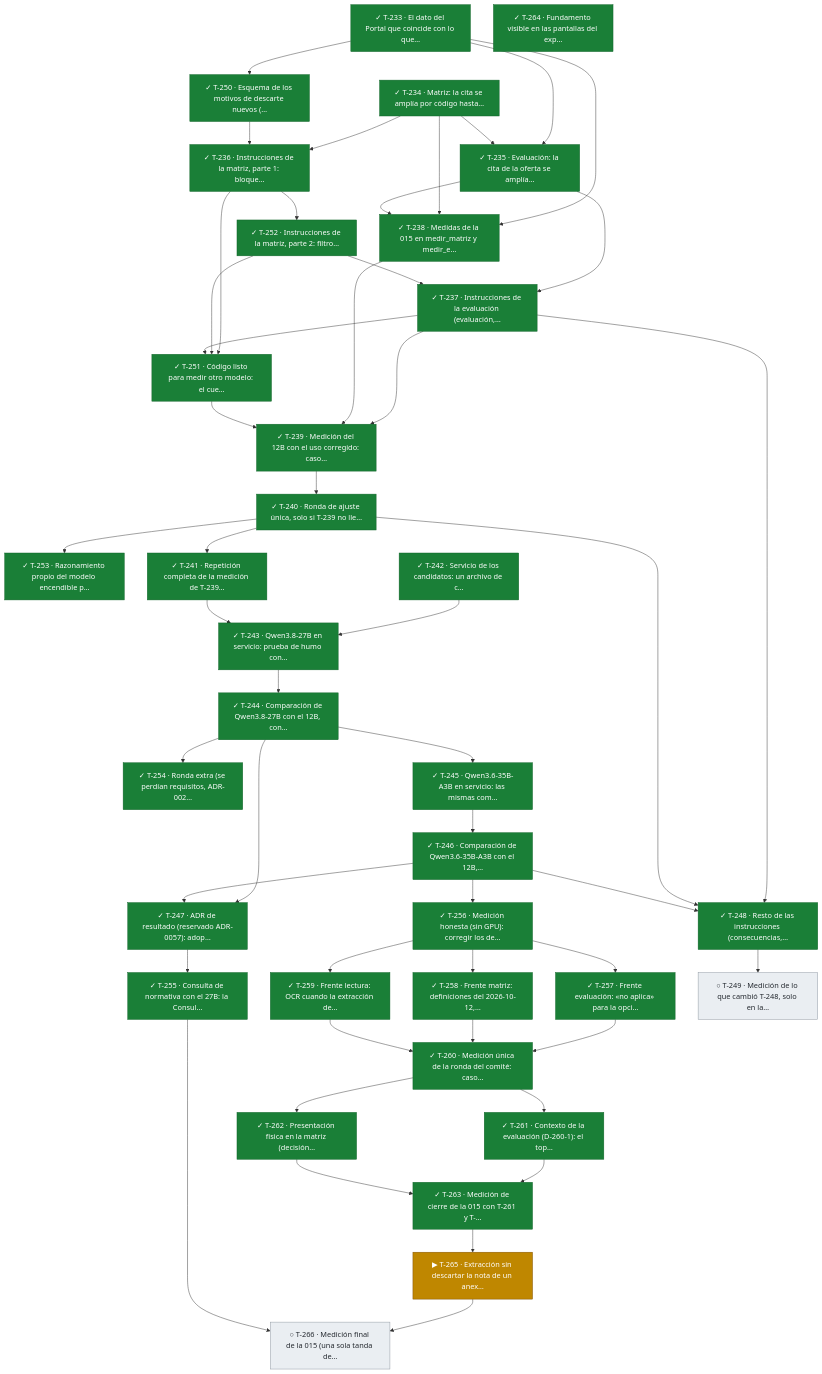
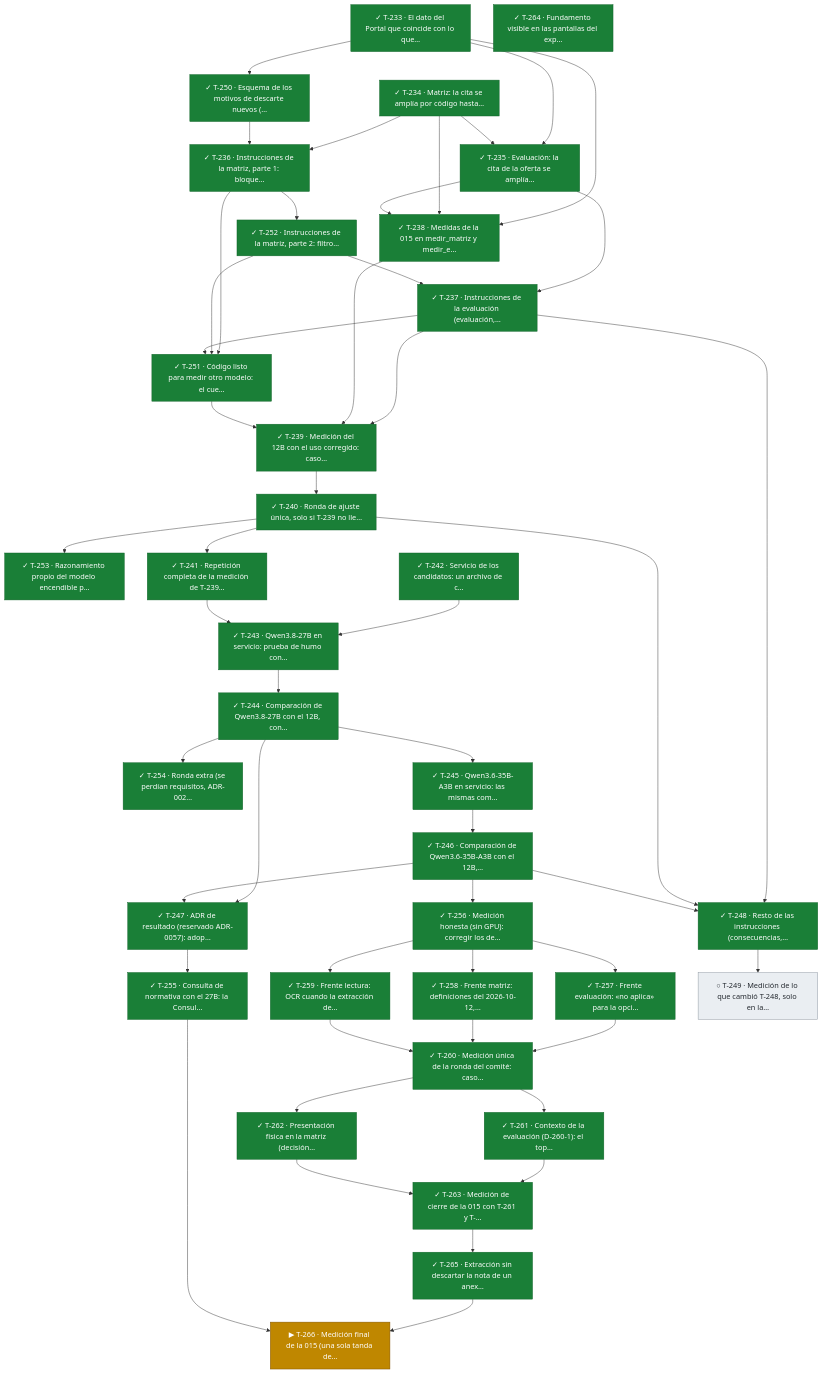
Diagram 17 of 17 in docs/tablero.md (snavello/EVALUON), drawn with Mermaid before and after one commit. The commit also changed other lines of this file and 1 other file, not shown here.

Commit message:
gestión: integra T-265 (la nota de un anexo que obliga no es un formulario: extracción v12 y filtro v9), verificada; T-266 en curso

```diff
--- a/docs/tablero.md
+++ b/docs/tablero.md
@@ -1356,8 +1356,8 @@
   T262["✓ T-262 · Presentación física en la matriz (decisión…"]:::done
   T263["✓ T-263 · Medición de cierre de la 015 con T-261 y T-…"]:::done
   T264["✓ T-264 · Fundamento visible en las pantallas del exp…"]:::done
-  T265["▶ T-265 · Extracción sin descartar la nota de un anex…"]:::active
-  T266["○ T-266 · Medición final de la 015 (una sola tanda de…"]:::todo
+  T265["✓ T-265 · Extracción sin descartar la nota de un anex…"]:::done
+  T266["▶ T-266 · Medición final de la 015 (una sola tanda de…"]:::active
   T237["✓ T-237 · Instrucciones de la evaluación (evaluación,…"]:::done
   T251["✓ T-251 · Código listo para medir otro modelo: el cue…"]:::done
   T238["✓ T-238 · Medidas de la 015 en medir_matriz y medir_e…"]:::done
```
